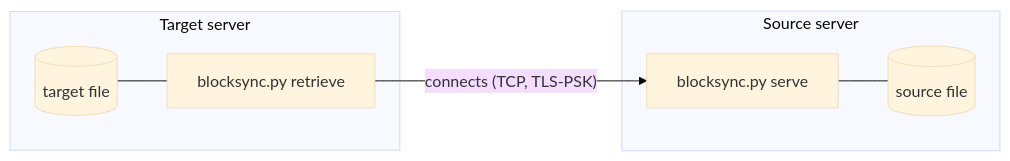
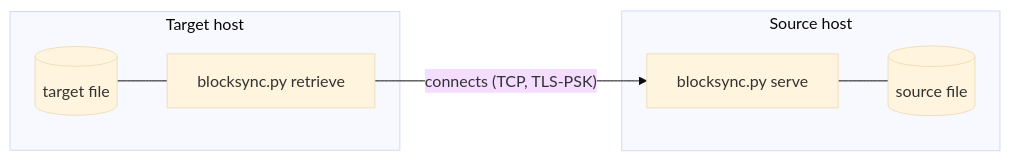
Before and after one commit to messa/blocksync: the first of 2 diagrams in README.md, drawn with Mermaid (base theme). The commit also changed other lines of this file, not shown here.

First line of the commit message:
README: use source/target host and client/server terminology

````diff
--- a/README.md
+++ b/README.md
@@ -5,10 +5,10 @@
 ```mermaid
 flowchart LR
-    subgraph target [Target server]
+    subgraph target [Target host]
         tgt[(target file)] --- retrieve[blocksync.py retrieve]
     end
-    subgraph source [Source server]
+    subgraph source [Source host]
         serve[blocksync.py serve] --- src[(source file)]
     end
     retrieve -- "connects (TCP, TLS-PSK)" --> serve
 ```
````
